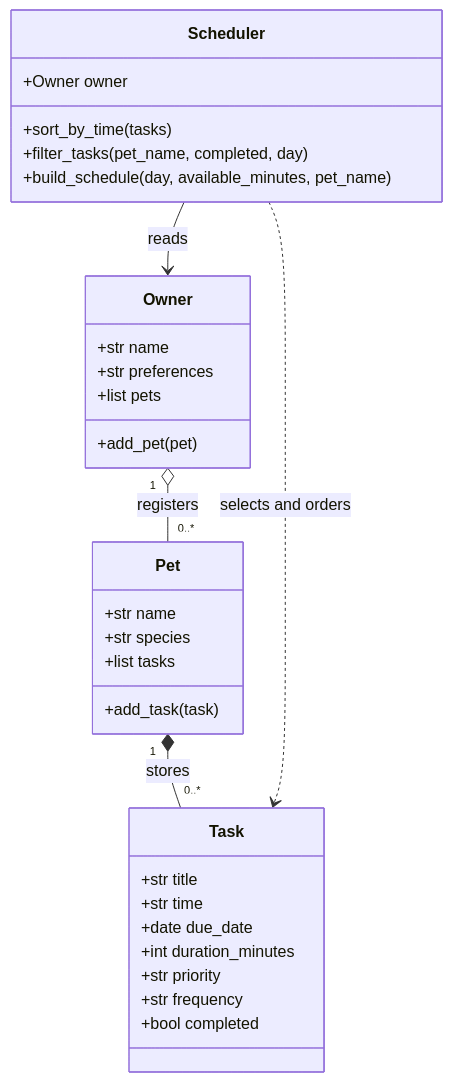
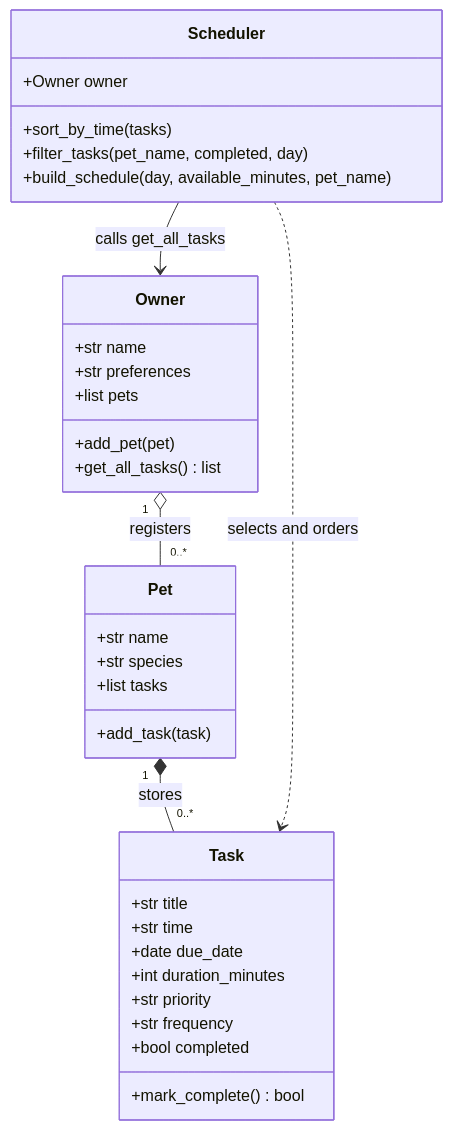
One commit to sshah60/ai110-module2show-pawpal-starter changed the diagram in diagrams/uml_draft.mmd. Above: the diagram before and after it, drawn with Mermaid. The commit also changed 14 other files, not shown here.

```diff
--- a/diagrams/uml_draft.mmd
+++ b/diagrams/uml_draft.mmd
@@ -1,33 +1,35 @@
 classDiagram
     %% Baseline four-class design; retained for comparison with final design.
     class Owner {
         +str name
         +str preferences
         +list pets
         +add_pet(pet)
+        +get_all_tasks() list
     }
     class Pet {
         +str name
         +str species
         +list tasks
         +add_task(task)
     }
     class Task {
         +str title
         +str time
         +date due_date
         +int duration_minutes
         +str priority
         +str frequency
         +bool completed
+        +mark_complete() bool
     }
     class Scheduler {
         +Owner owner
         +sort_by_time(tasks)
         +filter_tasks(pet_name, completed, day)
         +build_schedule(day, available_minutes, pet_name)
     }
     Owner "1" o-- "0..*" Pet : registers
     Pet "1" *-- "0..*" Task : stores
-    Scheduler --> Owner : reads
+    Scheduler --> Owner : calls get_all_tasks
     Scheduler ..> Task : selects and orders
```
